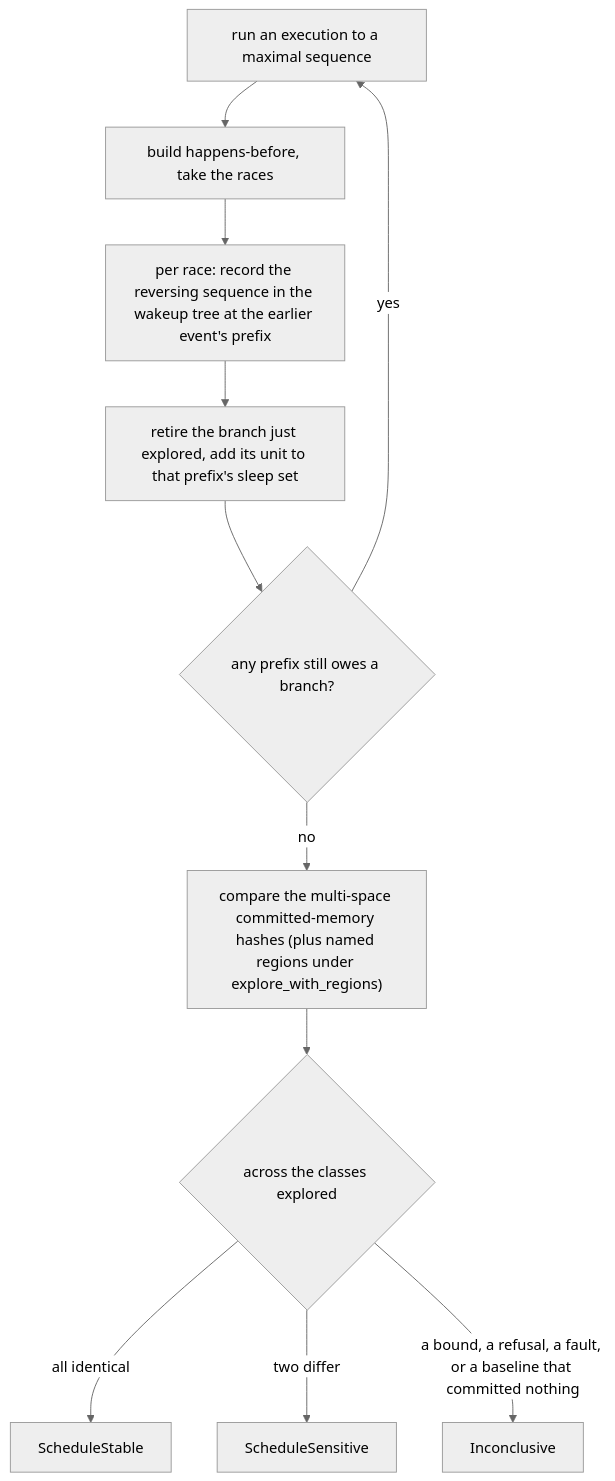
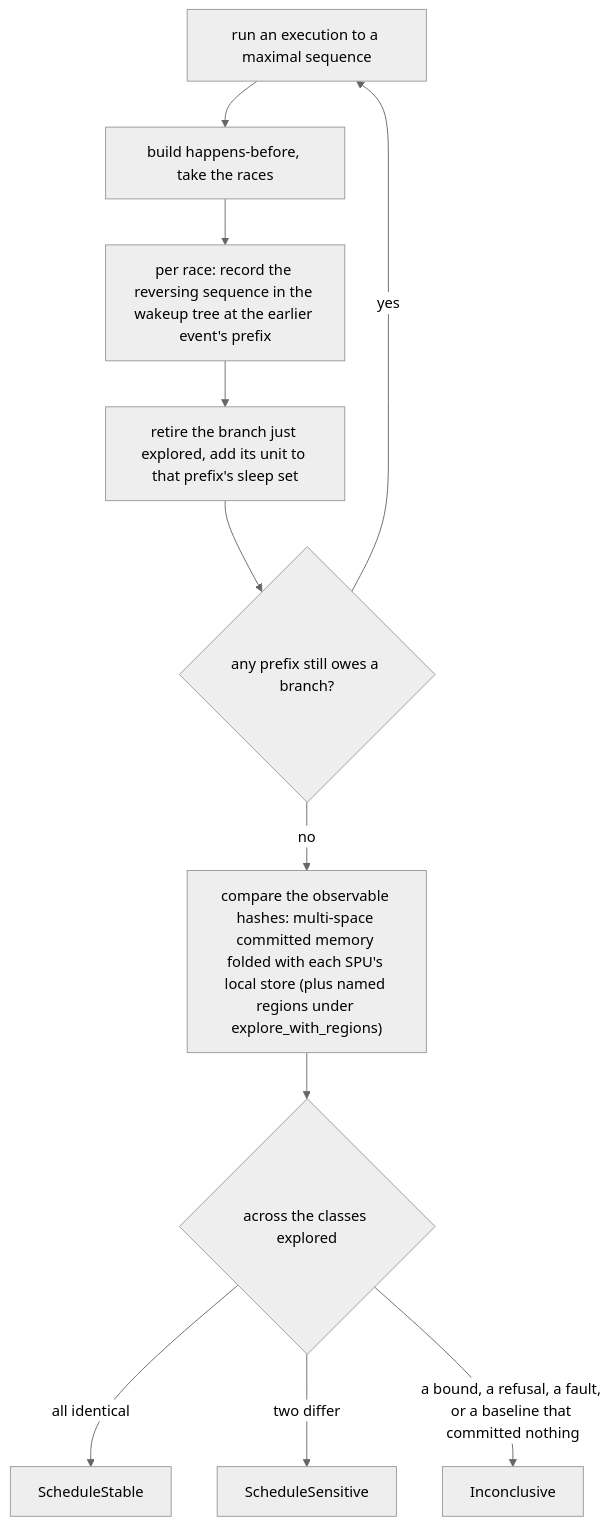
One commit to RoyalAce22/CellGov changed the diagram in docs/architecture/schedule_exploration.md. Above: the diagram before and after it, drawn with Mermaid (neutral theme). The commit also changed other lines of this file and 13 other files, not shown here.

Commit message:
feat(explore,core,spu,exec): an SPU's local store joins the observable

````diff
--- a/docs/architecture/schedule_exploration.md
+++ b/docs/architecture/schedule_exploration.md
@@ -31,13 +31,13 @@
 ```mermaid
 flowchart TD
   run["run an execution to a maximal sequence"] --> races["build happens-before, take the races"]
   races --> owe["per race: record the reversing sequence in the wakeup tree at the earlier event's prefix"]
   owe --> back["retire the branch just explored, add its unit to that prefix's sleep set"]
   back --> next{"any prefix still owes a branch?"}
   next -->|yes| run
-  next -->|no| hash["compare the multi-space committed-memory hashes (plus named regions under explore_with_regions)"]
+  next -->|no| hash["compare the observable hashes: multi-space committed memory folded with each SPU's local store (plus named regions under explore_with_regions)"]
   hash --> cls{"across the classes explored"}
   cls -->|all identical| stable["ScheduleStable"]
   cls -->|two differ| sens["ScheduleSensitive"]
   cls -->|"a bound, a refusal, a fault, or a baseline that committed nothing"| inc["Inconclusive"]
 ```
````
